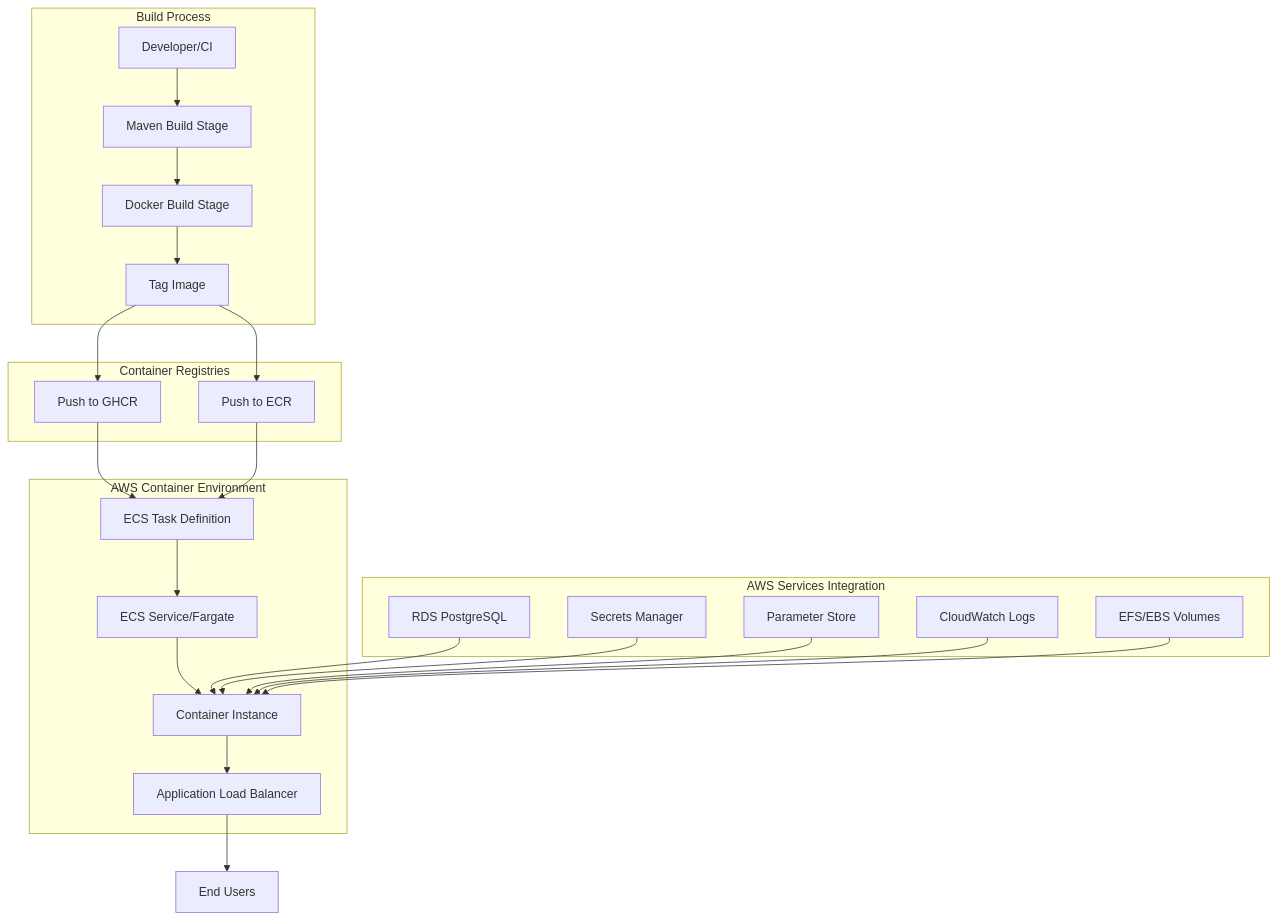
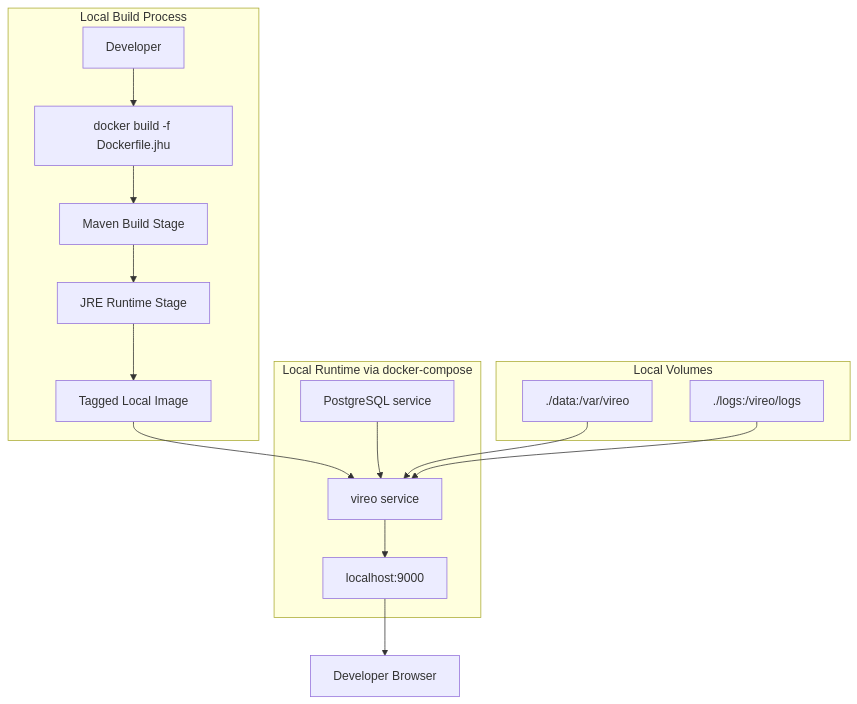
One commit to jhu-sheridan-libraries/Vireo changed the first of 2 diagrams in .kiro/specs/jhu-docker-image/design.md. Above: the diagram before and after it, drawn with Mermaid. The commit also changed other lines of this file and 2 other files, not shown here.

Commit message:
Update docker image spec

````diff
--- a/.kiro/specs/jhu-docker-image/design.md
+++ b/.kiro/specs/jhu-docker-image/design.md
@@ -29,31 +30,22 @@
 ```mermaid
 graph TB
-    subgraph "Build Process"
-        A[Developer/CI] --> B[Maven Build Stage]
-        B --> C[Docker Build Stage]
-        C --> D[Tag Image]
+    subgraph "Local Build Process"
+        A[Developer] --> B[docker build -f Dockerfile.jhu]
+        B --> C[Maven Build Stage]
+        C --> D[JRE Runtime Stage]
+        D --> E[Tagged Local Image]
     end
-    
-    subgraph "Container Registries"
-        D --> E[Push to GHCR]
-        D --> F[Push to ECR]
+
+    subgraph "Local Runtime via docker-compose"
+        E --> F[vireo service]
+        G[PostgreSQL service] --> F
+        F --> H[localhost:9000]
     end
-    
-    subgraph "AWS Container Environment"
-        E --> G[ECS Task Definition]
-        F --> G
-        G --> H[ECS Service/Fargate]
-        H --> I[Container Instance]
-        I --> J[Application Load Balancer]
+
+    subgraph "Local Volumes"
+        I[./data:/var/vireo] --> F
+        J[./logs:/vireo/logs] --> F
     end
-    
-    subgraph "AWS Services Integration"
-        K[RDS PostgreSQL] --> I
-        L[Secrets Manager] --> I
-        M[Parameter Store] --> I
-        N[CloudWatch Logs] --> I
-        O[EFS/EBS Volumes] --> I
-    end
-    
-    J --> P[End Users]
+
+    H --> K[Developer Browser]
 ```
````
